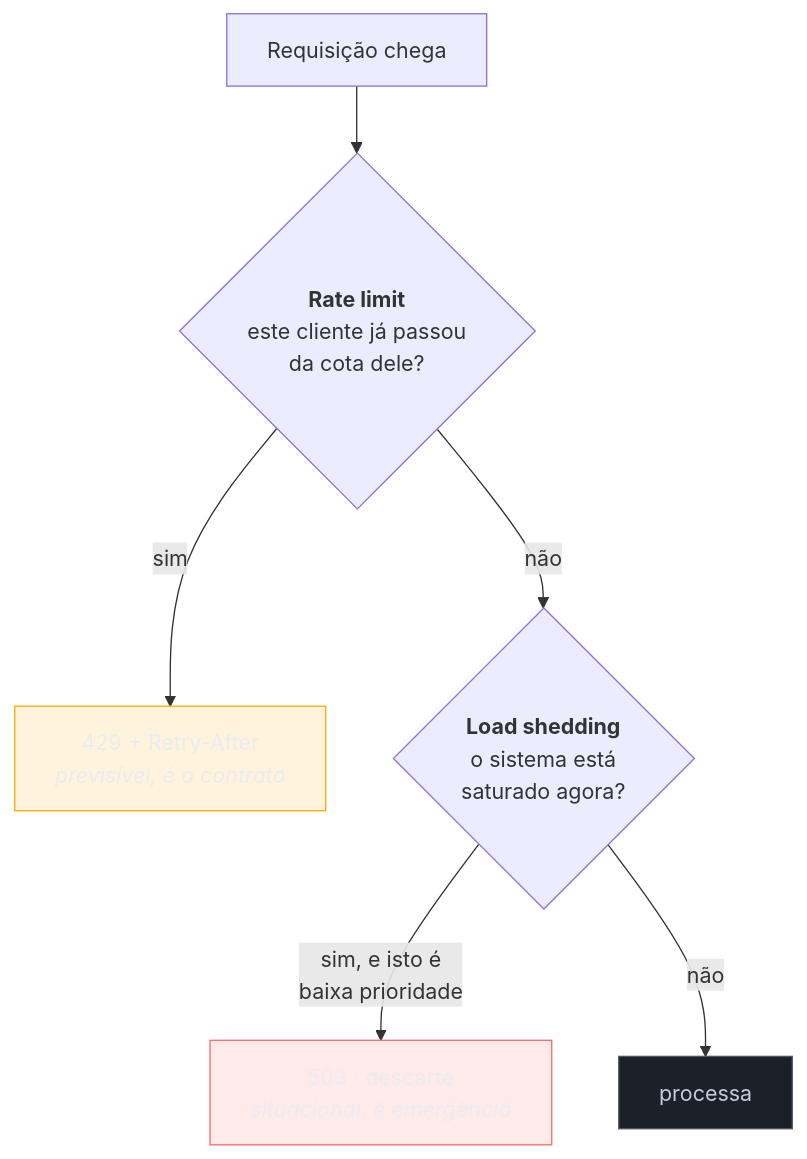
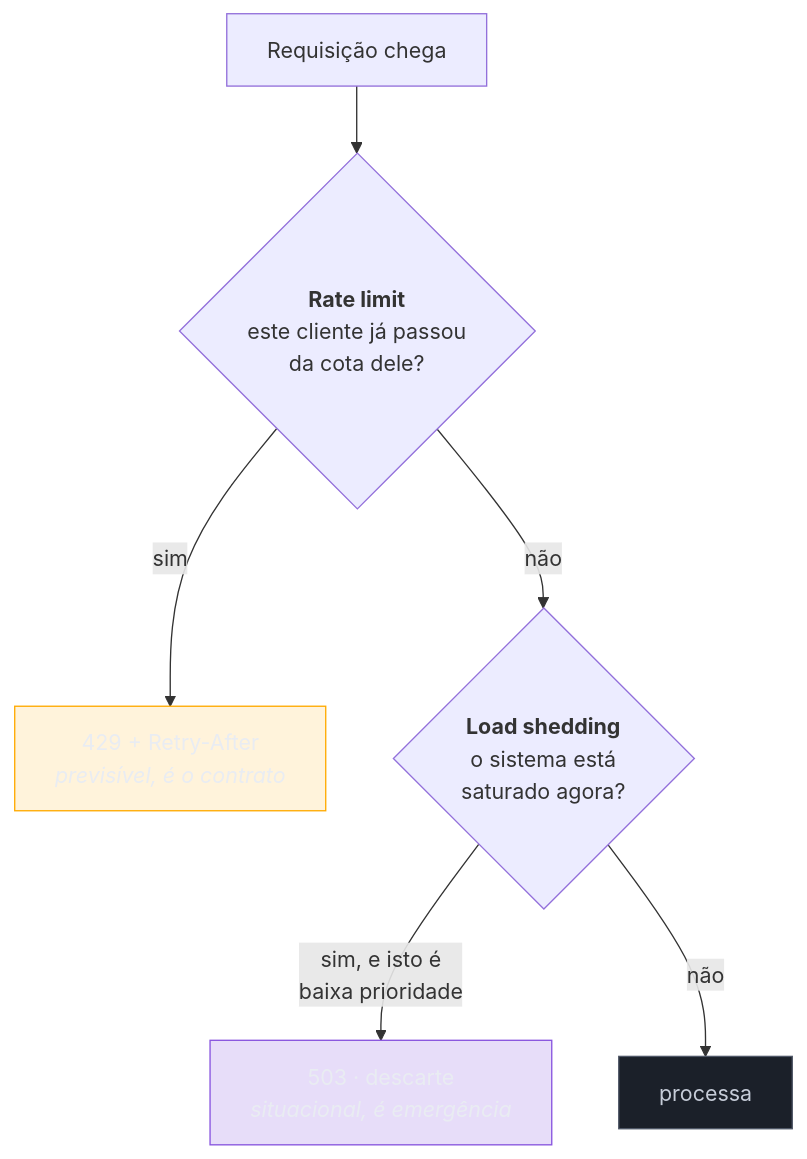
The diagram in 03-Dominios/Engenharia/Design de Software/Padrões de Projeto/Nuvem e Resiliência/07 - Rate Limiting e Load Shedding.md (josenaldo/codex-technomanticus), drawn with Mermaid before and after one commit. The commit also changed 601 other files, not shown here.

````diff
--- a/03-Dominios/Engenharia/Design de Software/Padrões de Projeto/Nuvem e Resiliência/07 - Rate Limiting e Load Shedding.md
+++ b/03-Dominios/Engenharia/Design de Software/Padrões de Projeto/Nuvem e Resiliência/07 - Rate Limiting e Load Shedding.md
@@ -44,15 +44,15 @@
 ```mermaid
 graph TD
+    classDef marca fill:#8855DF33,stroke:#8855DF,color:#E9ECF2
     classDef destaque fill:#FFAA0024,stroke:#FFAA00,color:#E9ECF2
-    classDef falha fill:#FF6B6B24,stroke:#FF6B6B,color:#E9ECF2
     classDef neutro fill:#1B2029,stroke:#4E5666,color:#C6CCD8
     R["Requisição chega"] --> RL{"<b>Rate limit</b><br/>este cliente já passou<br/>da cota dele?"}
     RL -->|"sim"| E1["429 + Retry-After<br/><i>previsível, é o contrato</i>"]
     RL -->|"não"| LS{"<b>Load shedding</b><br/>o sistema está<br/>saturado agora?"}
     LS -->|"sim, e isto é<br/>baixa prioridade"| E2["503 · descarte<br/><i>situacional, é emergência</i>"]
     LS -->|"não"| OK["processa"]
 
     class E1 destaque
-    class E2 falha
+    class E2 marca
     class OK neutro
 ```
````
